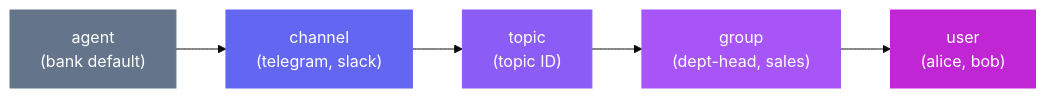
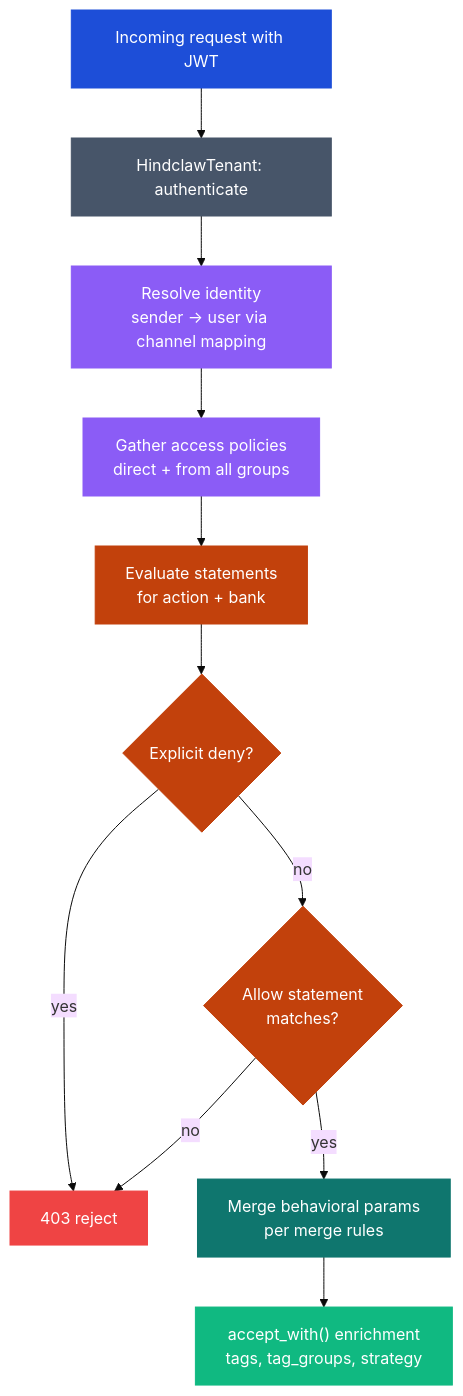
One commit to mrkhachaturov/hindclaw changed the second of 3 diagrams in hindclaw-docs/docs/guides/access-control.md. Above: the diagram before and after it, drawn with Mermaid (base theme). The commit also changed other lines of this file and 140 other files, not shown here.

````diff
--- a/hindclaw-docs/docs/guides/access-control.md
+++ b/hindclaw-docs/docs/guides/access-control.md
@@ -306,13 +381,24 @@
 ```mermaid
-graph LR
-    A["agent<br/>(bank default)"] --> B["channel<br/>(telegram, slack)"]
-    B --> C["topic<br/>(topic ID)"]
-    C --> D["group<br/>(dept-head, sales)"]
-    D --> E["user<br/>(alice, bob)"]
+graph TD
+    MSG["Incoming request with JWT"] --> AUTH["HindclawTenant: authenticate"]
+    AUTH --> ID["Resolve identity<br/>sender → user via channel mapping"]
+    ID --> GATHER["Gather access policies<br/>direct + from all groups"]
+    GATHER --> EVAL["Evaluate statements<br/>for action + bank"]
+    EVAL --> DENY{"Explicit deny?"}
+    DENY -->|yes| BLOCK["403 reject"]
+    DENY -->|no| ALLOW{"Allow statement<br/>matches?"}
+    ALLOW -->|no| BLOCK
+    ALLOW -->|yes| MERGE["Merge behavioral params<br/>per merge rules"]
+    MERGE --> ENRICH["accept_with() enrichment<br/>tags, tag_groups, strategy"]
 
-    style A fill:#64748b,color:#fff,stroke:#64748b
-    style B fill:#6366f1,color:#fff,stroke:#6366f1
-    style C fill:#8b5cf6,color:#fff,stroke:#8b5cf6
-    style D fill:#a855f7,color:#fff,stroke:#a855f7
-    style E fill:#c026d3,color:#fff,stroke:#c026d3
+    style MSG fill:#1d4ed8,color:#fff,stroke:#1d4ed8
+    style AUTH fill:#475569,color:#fff,stroke:#475569
+    style ID fill:#8b5cf6,color:#fff,stroke:#8b5cf6
+    style GATHER fill:#8b5cf6,color:#fff,stroke:#8b5cf6
+    style EVAL fill:#c2410c,color:#fff,stroke:#c2410c
+    style DENY fill:#c2410c,color:#fff,stroke:#c2410c
+    style ALLOW fill:#c2410c,color:#fff,stroke:#c2410c
+    style BLOCK fill:#ef4444,color:#fff,stroke:#ef4444
+    style MERGE fill:#0f766e,color:#fff,stroke:#0f766e
+    style ENRICH fill:#10b981,color:#fff,stroke:#10b981
 ```
````
